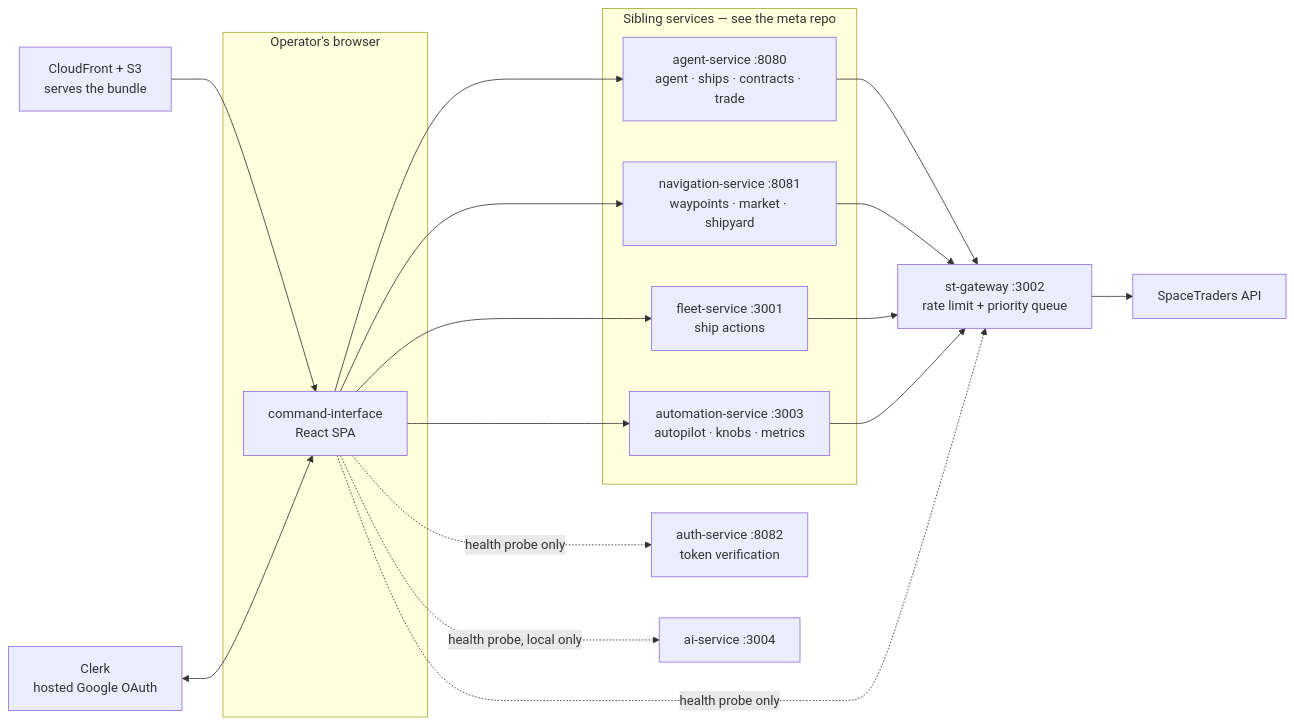
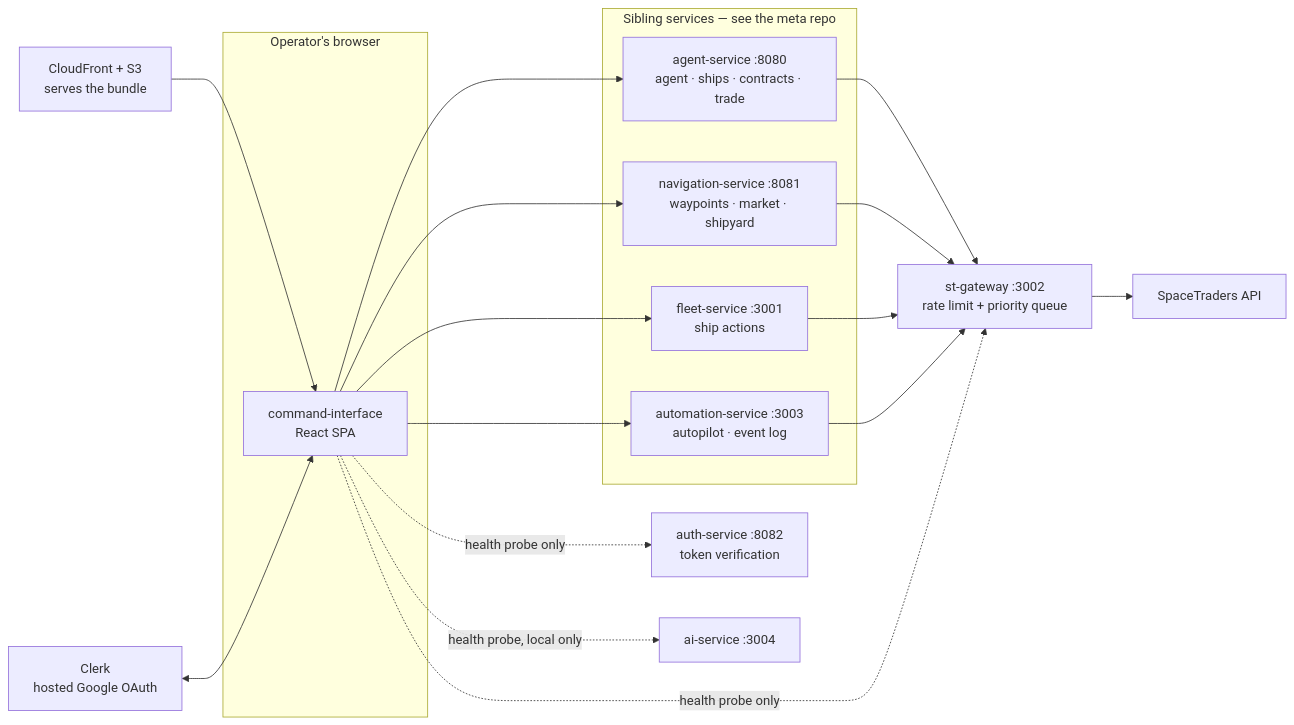
One commit to V-M-Pioneer-Trading/command-interface changed the first of 3 diagrams in README.md. Above: the diagram before and after it, drawn with Mermaid. The commit also changed other lines of this file and 36 other files, not shown here.

First line of the commit message:
Cut autopilot UI down to the automation-service POC routes

````diff
--- a/README.md
+++ b/README.md
@@ -23,23 +23,23 @@
 ```mermaid
 flowchart LR
     cf["CloudFront + S3<br/>serves the bundle"] --> app
     clerk["Clerk<br/>hosted Google OAuth"] <--> app
 
     subgraph browser["Operator's browser"]
         app["command-interface<br/>React SPA"]
     end
 
     subgraph backends["Sibling services — see the meta repo"]
         agent["agent-service :8080<br/>agent · ships · contracts · trade"]
         nav["navigation-service :8081<br/>waypoints · market · shipyard"]
         fleet["fleet-service :3001<br/>ship actions"]
-        auto["automation-service :3003<br/>autopilot · knobs · metrics"]
+        auto["automation-service :3003<br/>autopilot · event log"]
     end
 
     app --> agent & nav & fleet & auto
     agent & nav & fleet & auto --> gw["st-gateway :3002<br/>rate limit + priority queue"]
     gw --> st["SpaceTraders API"]
     app -. "health probe only" .-> gw
     app -. "health probe only" .-> auth["auth-service :8082<br/>token verification"]
     app -. "health probe, local only" .-> ai["ai-service :3004"]
 ```
````
